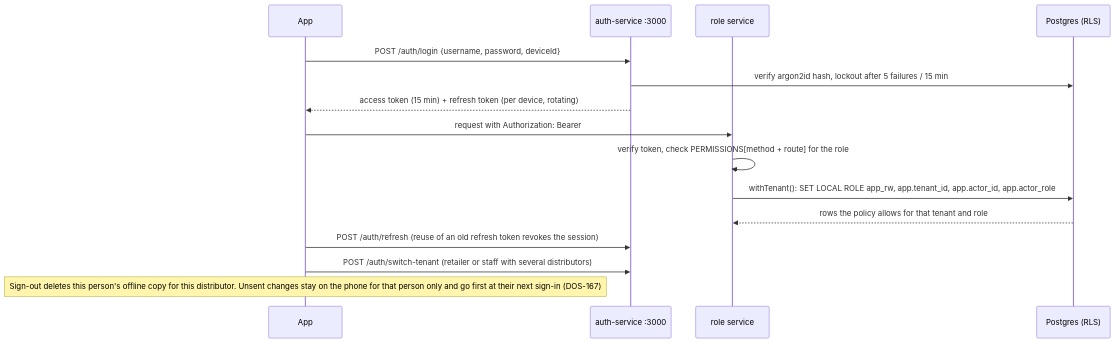
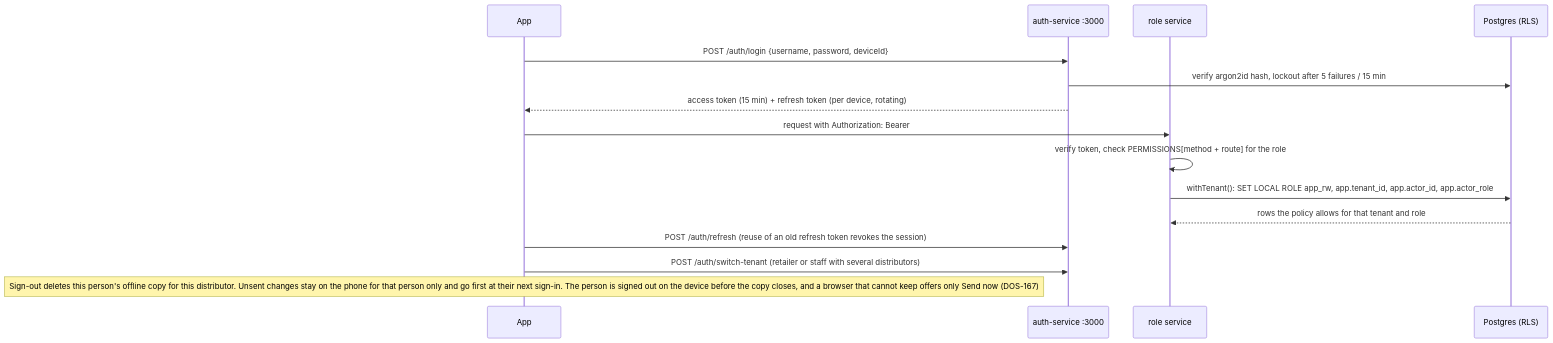
One commit to prajwalchavan/Distribution-OS changed the fifth of 5 diagrams in docs/22-source-of-truth.md. Above: the diagram before and after it, drawn with Mermaid. The commit also changed other lines of this file and 3 other files, not shown here.

````diff
--- a/docs/22-source-of-truth.md
+++ b/docs/22-source-of-truth.md
@@ -198,17 +200,17 @@
 ```mermaid
 sequenceDiagram
   participant App
   participant Auth as auth-service :3000
   participant Svc as role service
   participant DB as Postgres (RLS)
   App->>Auth: POST /auth/login {username, password, deviceId}
   Auth->>DB: verify argon2id hash, lockout after 5 failures / 15 min
   Auth-->>App: access token (15 min) + refresh token (per device, rotating)
   App->>Svc: request with Authorization: Bearer
   Svc->>Svc: verify token, check PERMISSIONS[method + route] for the role
   Svc->>DB: withTenant(): SET LOCAL ROLE app_rw, app.tenant_id, app.actor_id, app.actor_role
   DB-->>Svc: rows the policy allows for that tenant and role
   App->>Auth: POST /auth/refresh (reuse of an old refresh token revokes the session)
   App->>Auth: POST /auth/switch-tenant (retailer or staff with several distributors)
-  Note over App: Sign-out deletes this person's offline copy for this distributor. Unsent changes stay on the phone for that person only and go first at their next sign-in (DOS-167)
+  Note over App: Sign-out deletes this person's offline copy for this distributor. Unsent changes stay on the phone for that person only and go first at their next sign-in. The person is signed out on the device before the copy closes, and a browser that cannot keep offers only Send now (DOS-167)
 ```
````
